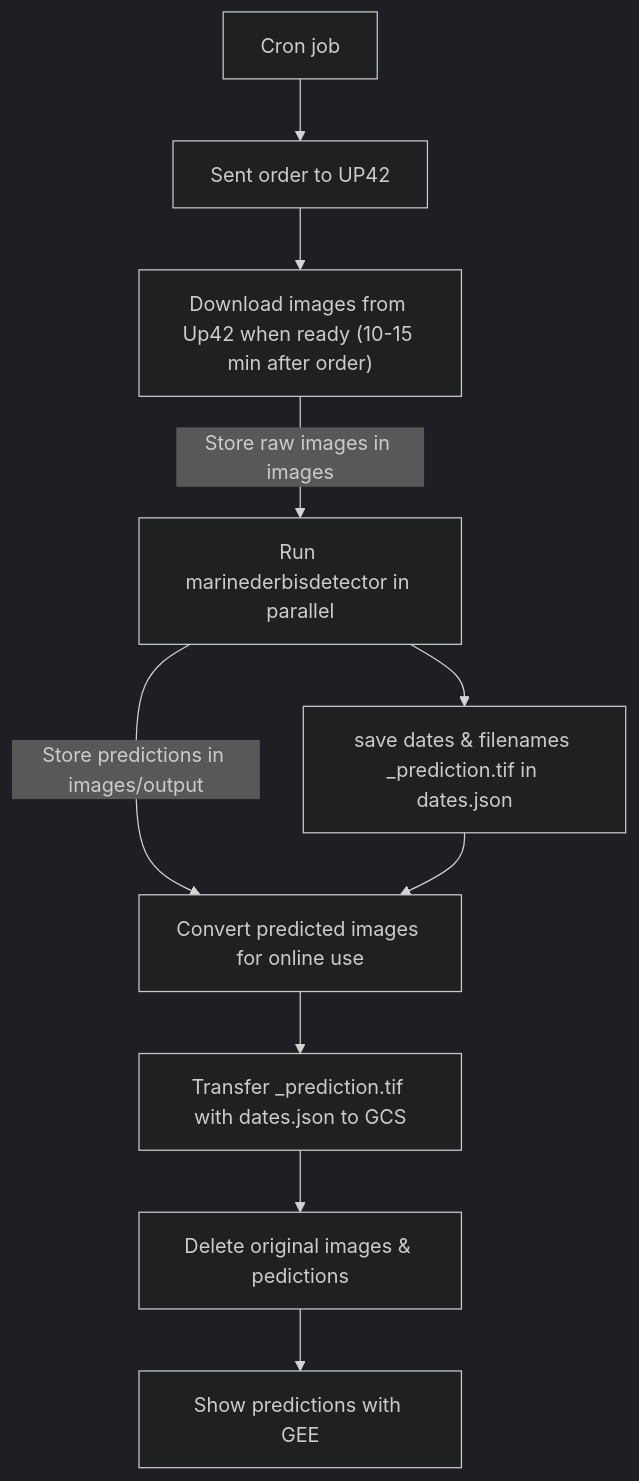
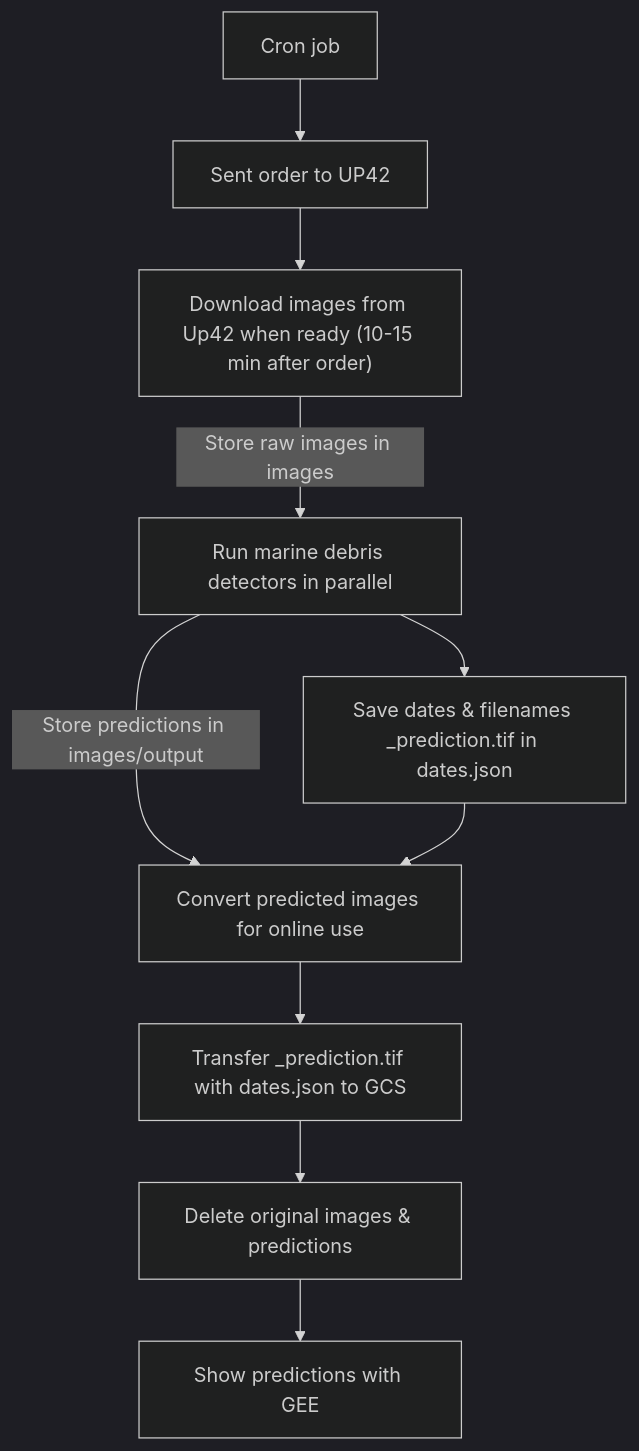
The diagram in README.md (MI4People/Marine_Litter), drawn with Mermaid (dark theme) before and after one commit. The commit also changed other lines of this file and 18 other files, not shown here.

````diff
--- a/README.md
+++ b/README.md
@@ -43,11 +40,11 @@
 ```mermaid
 flowchart TD
     A["Cron job"] --> B["Sent order to UP42"]
     B --> n1["Download images from Up42 when ready (10-15 min after order)"] -- Store raw images in images --> C
-    C["Run marinederbisdetector in parallel"] -- Store predictions in images/output --> F["Convert predicted images for online use"]
+    C["Run marine debris detectors in parallel"] -- Store predictions in images/output --> F["Convert predicted images for online use"]
     F --> n2["Transfer _prediction.tif with dates.json to GCS"]
-    C --> D["save dates &amp; filenames _prediction.tif in dates.json"]
+    C --> D["Save dates &amp; filenames _prediction.tif in dates.json"]
     D --> F
-    n2 --> n3["Delete original images &amp; pedictions"]
+    n2 --> n3["Delete original images &amp; predictions"]
     n3 --> G["Show predictions with GEE"]
 ```
````
